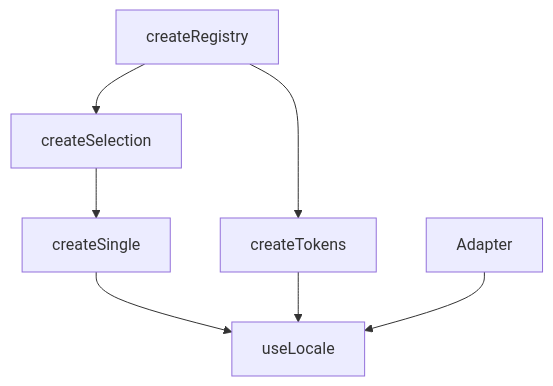
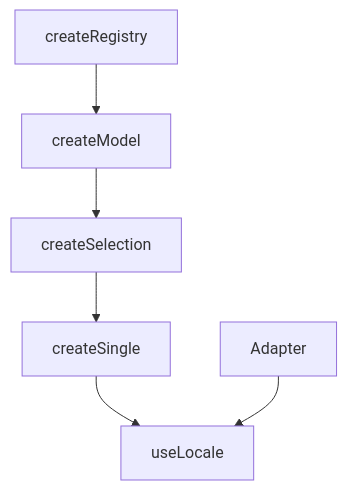
Before and after one commit to vuetifyjs/0: the first of 2 diagrams in apps/docs/src/pages/composables/plugins/use-locale.md, drawn with Mermaid.

Commit message:
docs(use-locale): remove stale createTokens from hierarchy, add createModel

````diff
--- a/apps/docs/src/pages/composables/plugins/use-locale.md
+++ b/apps/docs/src/pages/composables/plugins/use-locale.md
@@ -85,9 +85,8 @@
 ```mermaid "Locale Hierarchy"
 flowchart TD
-  createRegistry --> createSelection
-  createRegistry --> createTokens
+  createRegistry --> createModel
+  createModel --> createSelection
   createSelection --> createSingle
   createSingle --> useLocale
-  createTokens --> useLocale
   Adapter --> useLocale
 ```
````
